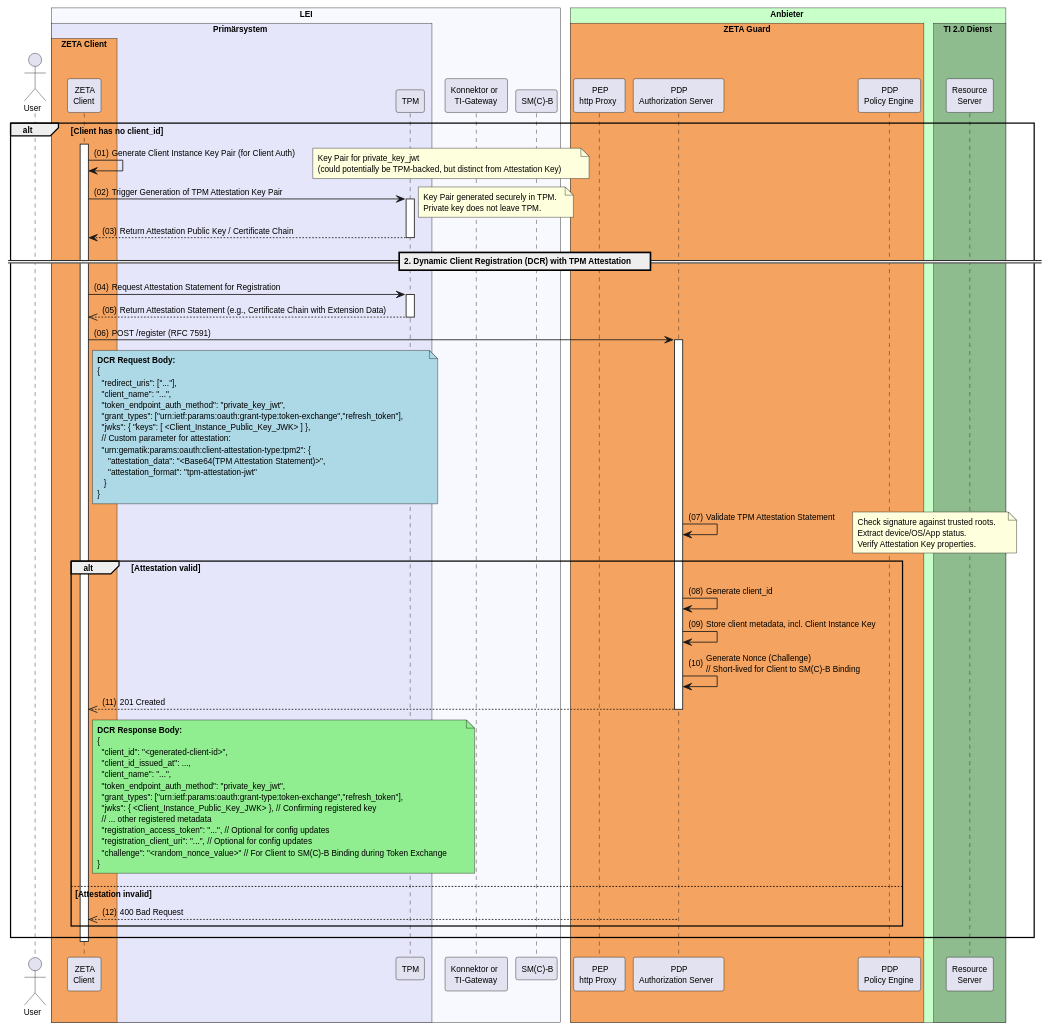
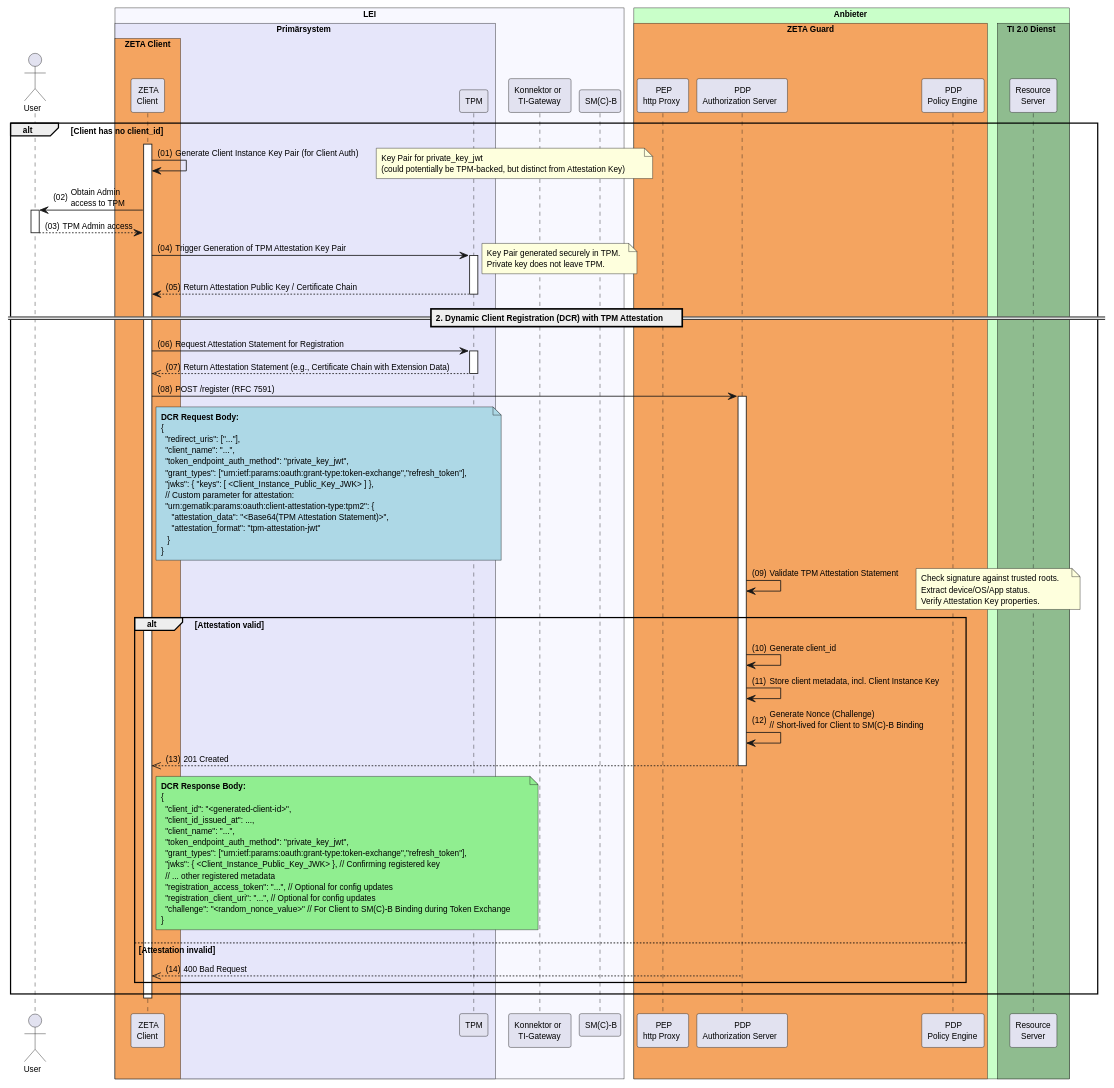
The diagram in src/plantuml/tpm-attestation-and-token-exchange/dynamic-client-registration-with-tpm-attestation.puml (gematik/spec-t20r), drawn with PlantUML before and after one commit. The commit also changed 2 other files, not shown here.

```diff
--- a/src/plantuml/tpm-attestation-and-token-exchange/dynamic-client-registration-with-tpm-attestation.puml
+++ b/src/plantuml/tpm-attestation-and-token-exchange/dynamic-client-registration-with-tpm-attestation.puml
@@ -1,98 +1,100 @@
 @startuml "dynamic-client-registration-with-tpm-attestation"
 autonumber "(00)"
 skinparam defaultFontSize 10
 skinparam defaultFontName Helvetica
 skinparam DefaultMonospacedFontName Courier
 skinparam lengthAdjust none
 skinparam sequenceReferenceBackgroundColor White
 skinparam SequenceReferenceFontSize 12
 /'skinparam SequenceReferenceFontStyle bold
 '/
 
 !pragma teoz true
 
 Actor User
 box "LEI" #GhostWhite
   box "Primärsystem" #Lavender
     box "ZETA Client" #SandyBrown
       participant Client as "ZETA\nClient"
     end box
     participant TPM as "TPM"
   end box
   participant Konnektor as "Konnektor or\nTI-Gateway"
   participant SMB as "SM(C)-B"
 end box
 
 box "Anbieter" #TECHNOLOGY
   box "ZETA Guard" #SandyBrown
     participant HP as "PEP\nhttp Proxy"
     participant AuthS as "PDP\nAuthorization Server" 
     participant PE as "PDP\nPolicy Engine"
   end box
     box TI 2.0 Dienst #DarkSeaGreen
       participant RS as "Resource\nServer"
     end box
 end box
 
 alt Client has no client_id
 
 Client ++
 Client -> Client : Generate Client Instance Key Pair (for Client Auth)
 note right: Key Pair for private_key_jwt \n(could potentially be TPM-backed, but distinct from Attestation Key)
+Client -> User ++ : Obtain Admin\naccess to TPM
+User --> Client -- : TPM Admin access
 Client -> TPM ++ : Trigger Generation of TPM Attestation Key Pair
 note right: Key Pair generated securely in TPM.\nPrivate key does not leave TPM.
 TPM --> Client: Return Attestation Public Key / Certificate Chain
 TPM --
 
 == 2. Dynamic Client Registration (DCR) with TPM Attestation ==
 Client -> TPM ++ : Request Attestation Statement for Registration
 ' note right: Attestation includes:\n- Attestation Key signature\n- Device identifiers\n- Boot state, Verified Boot state\n- OS Version, Patch Level\n- App ID, App Version, App Signature Hash
 TPM -->> Client -- : Return Attestation Statement (e.g., Certificate Chain with Extension Data)
 
 Client -> AuthS ++ : POST /register (RFC 7591)
 note right of Client #lightblue
     **DCR Request Body:**
     {
       "redirect_uris": ["..."],
       "client_name": "...",
       "token_endpoint_auth_method": "private_key_jwt",
       "grant_types": ["urn:ietf:params:oauth:grant-type:token-exchange","refresh_token"],
       "jwks": { "keys": [ <Client_Instance_Public_Key_JWK> ] },
       // Custom parameter for attestation:
       "urn:gematik:params:oauth:client-attestation-type:tpm2": {
          "attestation_data": "<Base64(TPM Attestation Statement)>",
          "attestation_format": "tpm-attestation-jwt"
        }
     }
 end note
 
 AuthS -> AuthS : Validate TPM Attestation Statement
 note right: Check signature against trusted roots.\nExtract device/OS/App status.\nVerify Attestation Key properties.
 alt Attestation valid
     AuthS -> AuthS : Generate client_id
     AuthS -> AuthS : Store client metadata, incl. Client Instance Key
     AuthS -> AuthS: Generate Nonce (Challenge)\n// Short-lived for Client to SM(C)-B Binding
     AuthS -->> Client -- : 201 Created
     note right of Client #lightgreen
         **DCR Response Body:**
         {
           "client_id": "<generated-client-id>",
           "client_id_issued_at": ...,
           "client_name": "...",
           "token_endpoint_auth_method": "private_key_jwt",
           "grant_types": ["urn:ietf:params:oauth:grant-type:token-exchange","refresh_token"],
           "jwks": { <Client_Instance_Public_Key_JWK> }, // Confirming registered key
           // ... other registered metadata
           "registration_access_token": "...", // Optional for config updates
           "registration_client_uri": "...", // Optional for config updates
           "challenge": "<random_nonce_value>" // For Client to SM(C)-B Binding during Token Exchange
         }
     end note
 else Attestation invalid
     AuthS -->> Client -- : 400 Bad Request
 end alt
 
 Client --
 end
 
 @enduml
```
